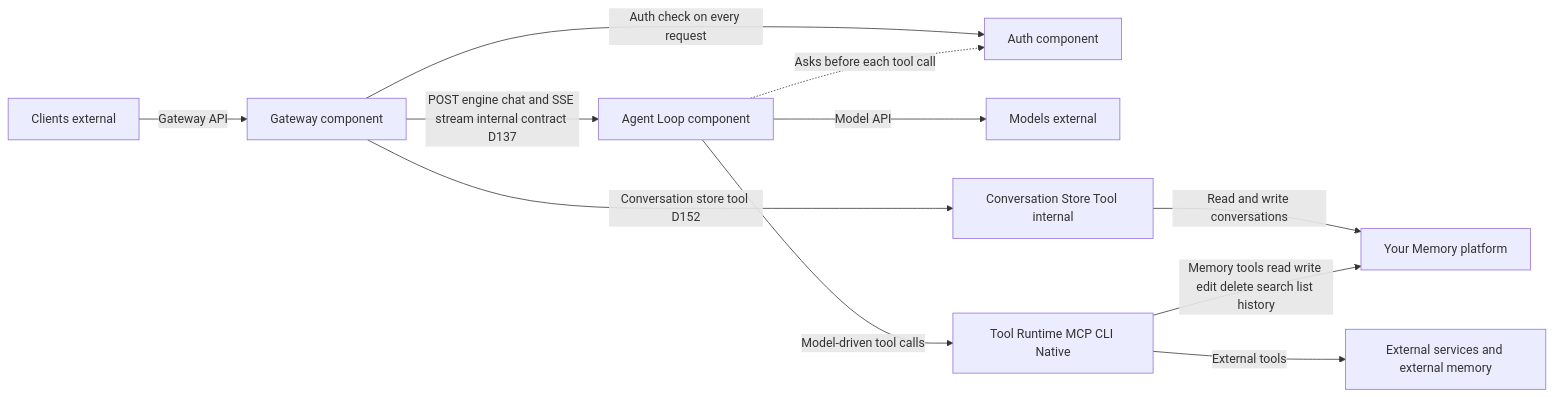
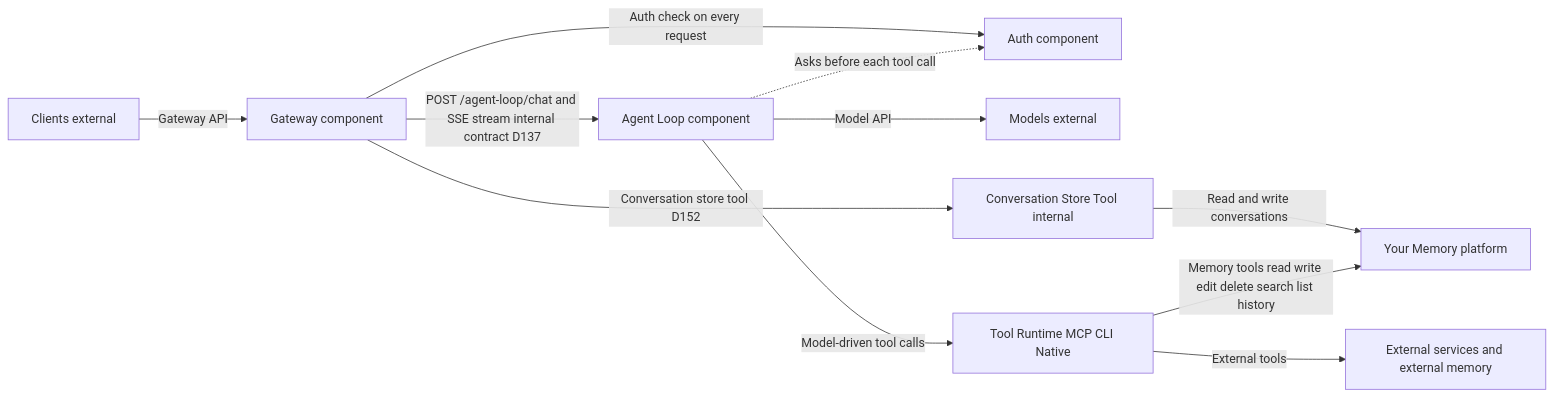
Before and after one commit to Personal-AI-Architecture/the-architecture: the diagram in build/implementers-reference.md, drawn with Mermaid. The commit also changed other lines of this file and 16 other files, not shown here.

````diff
--- a/build/implementers-reference.md
+++ b/build/implementers-reference.md
@@ -16,16 +16,16 @@
 ```mermaid
 flowchart LR
     C[Clients external] -->|Gateway API| G[Gateway component]
     G -->|Auth check on every request| A[Auth component]
-    G -->|POST engine chat and SSE stream internal contract D137| E[Agent Loop component]
+    G -->|POST /agent-loop/chat and SSE stream internal contract D137| E[Agent Loop component]
     E -->|Model API| M[Models external]
 
     G -->|Conversation store tool D152| CST[Conversation Store Tool internal]
     CST -->|Read and write conversations| YM[Your Memory platform]
 
     E -->|Model-driven tool calls| TR[Tool Runtime MCP CLI Native]
     TR -->|Memory tools read write edit delete search list history| YM
     TR -->|External tools| EX[External services and external memory]
 
     E -.->|Asks before each tool call| A
 ```
````
